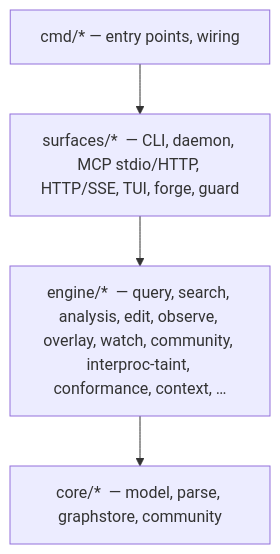
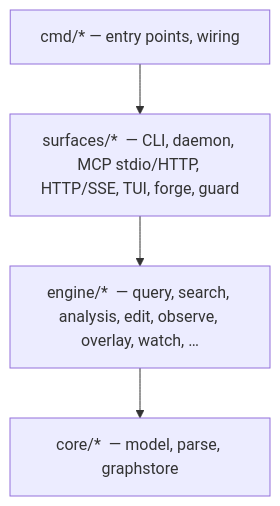
Before and after one commit to samibel/graphi: the diagram in readme.md, drawn with Mermaid. The commit also changed other lines of this file and 5 other files, not shown here.

````diff
--- a/readme.md
+++ b/readme.md
@@ -674,8 +200,8 @@
 ```mermaid
 flowchart TD
     CMD["cmd/*  — entry points, wiring"]
     SURF["surfaces/*  — CLI, daemon, MCP stdio/HTTP, HTTP/SSE, TUI, forge, guard"]
-    ENG["engine/*  — query, search, analysis, edit, observe, overlay, watch, community, interproc-taint, conformance, context, …"]
-    CORE["core/*  — model, parse, graphstore, community"]
+    ENG["engine/*  — query, search, analysis, edit, observe, overlay, watch, …"]
+    CORE["core/*  — model, parse, graphstore"]
     CMD --> SURF --> ENG --> CORE
 ```
````
